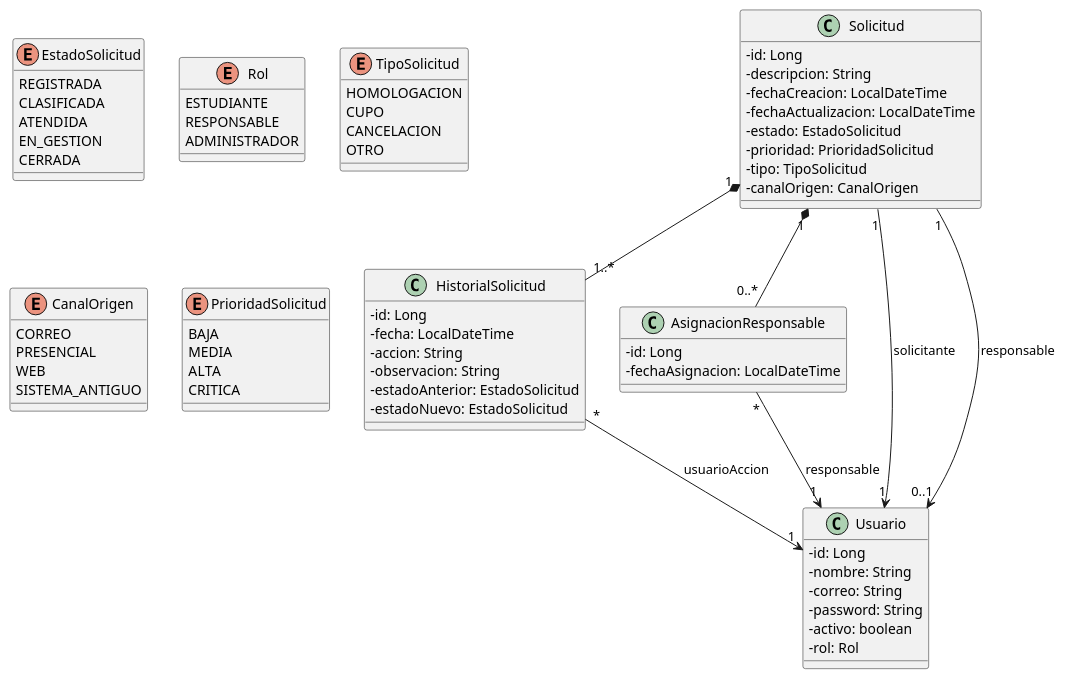
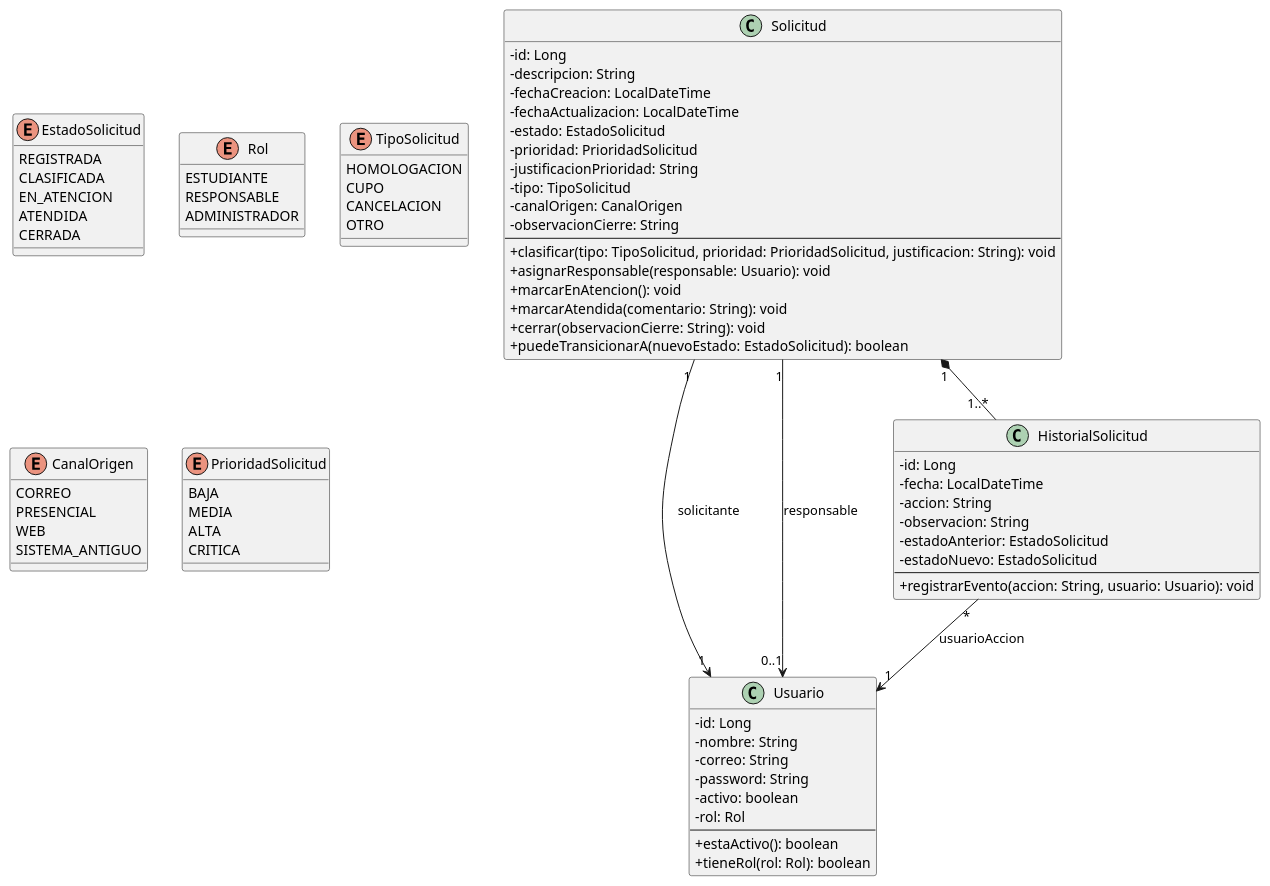
The diagram in docs/UML/Estructura.puml (SSeanjjo/Triage-solicitudes-academicas), drawn with PlantUML before and after one commit. The commit also changed 2 other files, not shown here.

```diff
--- a/docs/UML/Estructura.puml
+++ b/docs/UML/Estructura.puml
@@ -1,84 +1,87 @@
 @startuml
 skinparam classAttributeIconSize 0
 
 enum EstadoSolicitud {
   REGISTRADA
   CLASIFICADA
+  EN_ATENCION
   ATENDIDA
-  EN_GESTION
   CERRADA
 }
 
 enum Rol {
   ESTUDIANTE
   RESPONSABLE
   ADMINISTRADOR
 }
 
 enum TipoSolicitud {
   HOMOLOGACION
   CUPO
   CANCELACION
   OTRO
 }
 
 enum CanalOrigen {
   CORREO
   PRESENCIAL
   WEB
   SISTEMA_ANTIGUO
 }
 
 enum PrioridadSolicitud {
   BAJA
   MEDIA
   ALTA
   CRITICA
 }
 
+class Usuario {
+  - id: Long
+  - nombre: String
+  - correo: String
+  - password: String
+  - activo: boolean
+  - rol: Rol
+  --
+  + estaActivo(): boolean
+  + tieneRol(rol: Rol): boolean
+}
+
 class Solicitud {
   - id: Long
   - descripcion: String
   - fechaCreacion: LocalDateTime
   - fechaActualizacion: LocalDateTime
   - estado: EstadoSolicitud
   - prioridad: PrioridadSolicitud
+  - justificacionPrioridad: String
   - tipo: TipoSolicitud
   - canalOrigen: CanalOrigen
-
+  - observacionCierre: String
+  --
+  + clasificar(tipo: TipoSolicitud, prioridad: PrioridadSolicitud, justificacion: String): void
+  + asignarResponsable(responsable: Usuario): void
+  + marcarEnAtencion(): void
+  + marcarAtendida(comentario: String): void
+  + cerrar(observacionCierre: String): void
+  + puedeTransicionarA(nuevoEstado: EstadoSolicitud): boolean
 }
 
 class HistorialSolicitud {
   - id: Long
   - fecha: LocalDateTime
   - accion: String
   - observacion: String
   - estadoAnterior: EstadoSolicitud
   - estadoNuevo: EstadoSolicitud
-}
-
-class AsignacionResponsable {
-  - id: Long
-  - fechaAsignacion: LocalDateTime
-}
-
-class Usuario {
-  - id: Long
-  - nombre: String
-  - correo: String
-  - password: String
-  - activo: boolean
-  - rol: Rol
+  --
+  + registrarEvento(accion: String, usuario: Usuario): void
 }
 
 Solicitud "1" --> "1" Usuario : solicitante
 Solicitud "1" --> "0..1" Usuario : responsable
-
 Solicitud "1" *-- "1..*" HistorialSolicitud
-Solicitud "1" *-- "0..*" AsignacionResponsable
 HistorialSolicitud "*" --> "1" Usuario : usuarioAccion
 
-
-AsignacionResponsable "*" --> "1" Usuario : responsable
-
 @enduml
```
